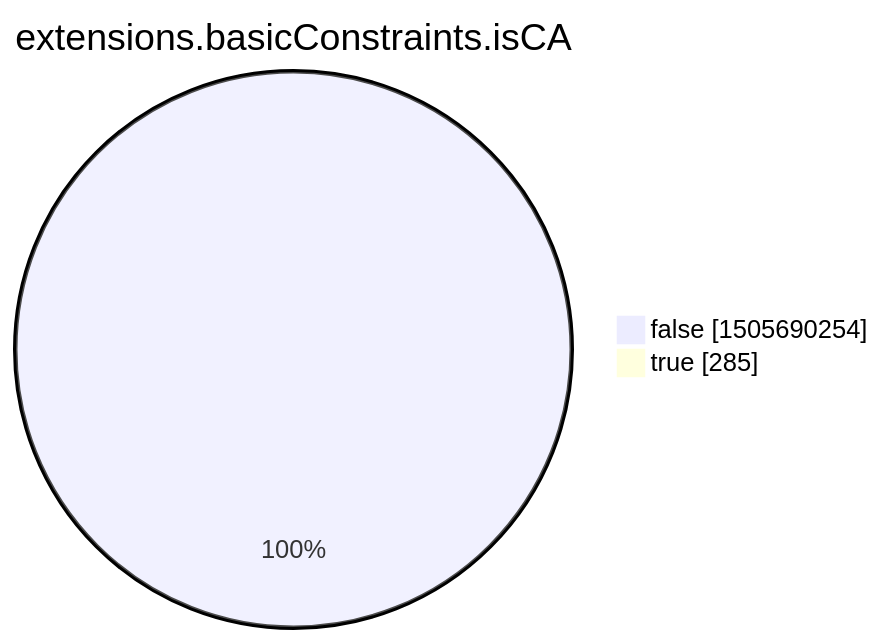
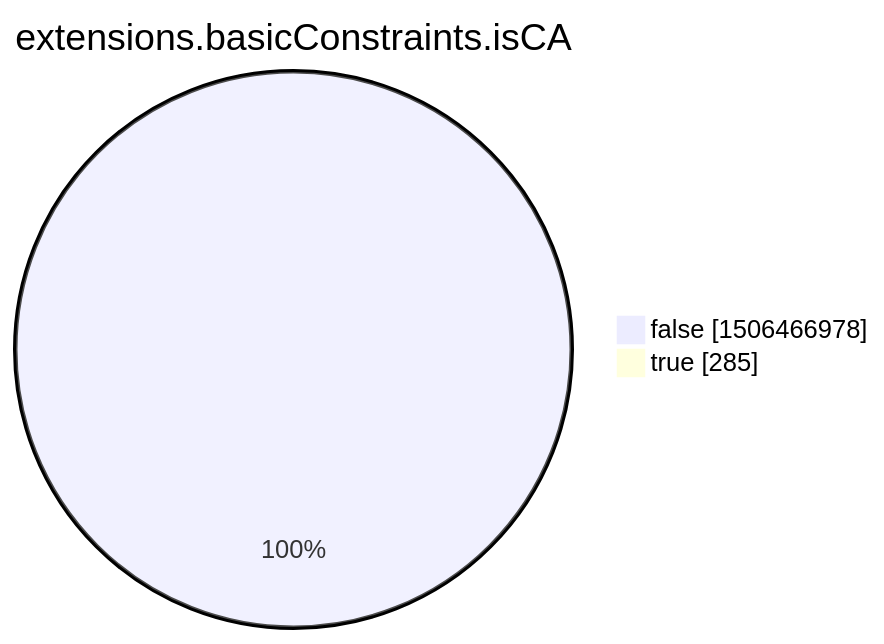
One commit to christiankrug/ctmonitor_visualization changed the eighth of 15 diagrams in xenon2022/README.md. Above: the diagram before and after it, drawn with Mermaid. The commit also changed other lines of this file, not shown here.

````diff
--- a/xenon2022/README.md
+++ b/xenon2022/README.md
@@ -2854,6 +2854,6 @@
 ```mermaid
 pie showData
 title extensions.basicConstraints.isCA
-"false" :1505690254
+"false" :1506466978
 "true" :285
 ```
````
